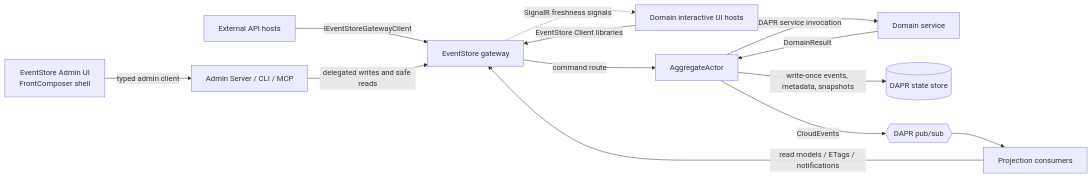
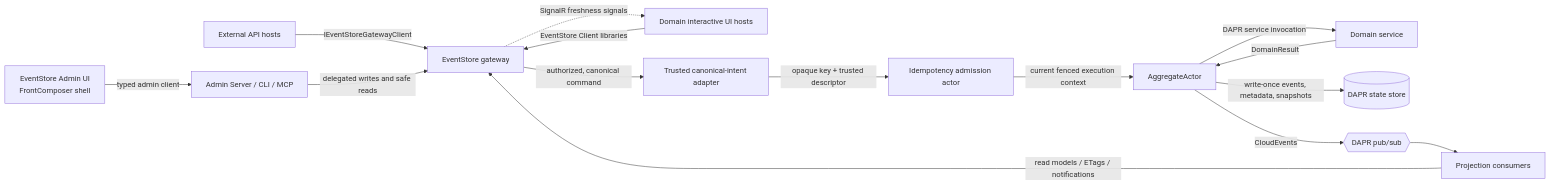
One commit to Hexalith/Hexalith.EventStore changed the first of 3 diagrams in _bmad-output/planning-artifacts/architecture.md. Above: the diagram before and after it, drawn with Mermaid. The commit also changed other lines of this file and 127 other files, not shown here.

First line of the commit message:
feat(tests): add comprehensive unit tests for idempotency and aggregate actor functionalities

````diff
--- a/_bmad-output/planning-artifacts/architecture.md
+++ b/_bmad-output/planning-artifacts/architecture.md
@@ -47,15 +55,17 @@
 ```mermaid
 flowchart LR
     ExternalApi[External API hosts] -->|IEventStoreGatewayClient| Gateway[EventStore gateway]
     UI[Domain interactive UI hosts] -->|EventStore Client libraries| Gateway
     AdminUI[EventStore Admin UI<br/>FrontComposer shell] -->|typed admin client| Admin[Admin Server / CLI / MCP]
     Admin -->|delegated writes and safe reads| Gateway
-    Gateway -->|command route| Actor[AggregateActor]
+    Gateway -->|authorized, canonical command| Adapter[Trusted canonical-intent adapter]
+    Adapter -->|opaque key + trusted descriptor| Admission[Idempotency admission actor]
+    Admission -->|current fenced execution context| Actor[AggregateActor]
     Actor -->|DAPR service invocation| DomainSvc[Domain service]
     DomainSvc -->|DomainResult| Actor
     Actor -->|write-once events, metadata, snapshots| State[(DAPR state store)]
     Actor -->|CloudEvents| PubSub{{DAPR pub/sub}}
     PubSub --> Projection[Projection consumers]
     Projection -->|read models / ETags / notifications| Gateway
     Gateway -.->|SignalR freshness signals| UI
 ```
````
